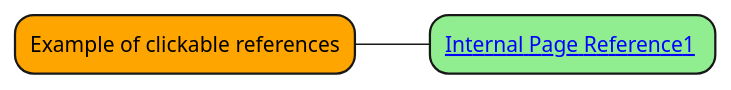
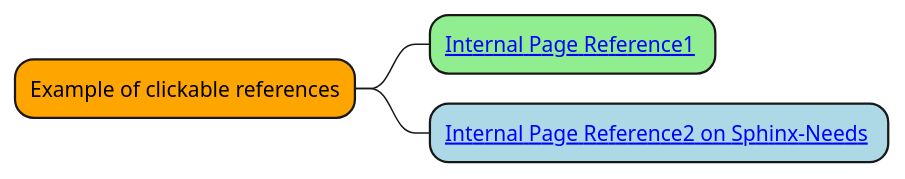
Before and after one commit to mi-parkes/sphinx-diagram-connect: the diagram in README.md, drawn with PlantUML. The commit also changed other lines of this file and 71 other files, not shown here.

Commit message:
Adding implementation and examples resolving references to sphinx-needs

```diff
--- a/README.md
+++ b/README.md
@@ -8,6 +11,7 @@
         @startmindmap mindmap2
     
         *[#Orange] Example of clickable references
         **[#lightgreen] [[ ":ref:`plantuml label1`" Internal Page Reference1 ]]
-    
+        **[#lightblue] [[ ":ref:`N_00001`" Internal Page Reference2 on Sphinx-Needs ]]
+
         @endmindmap
```
